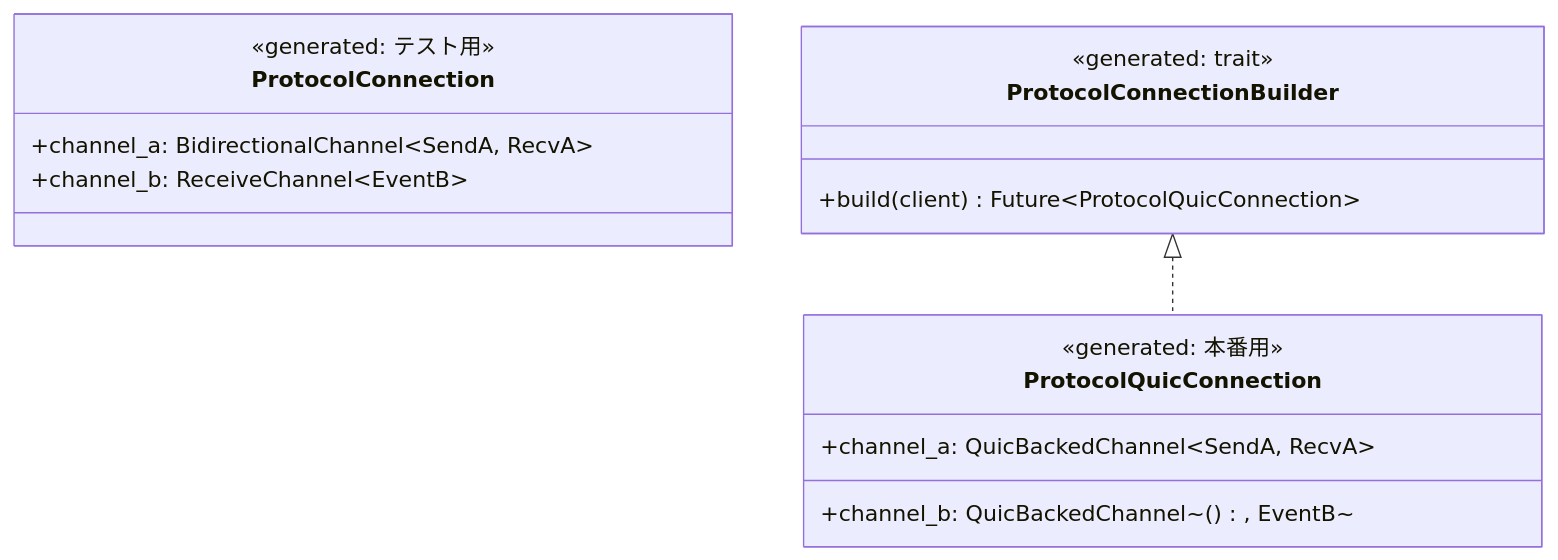
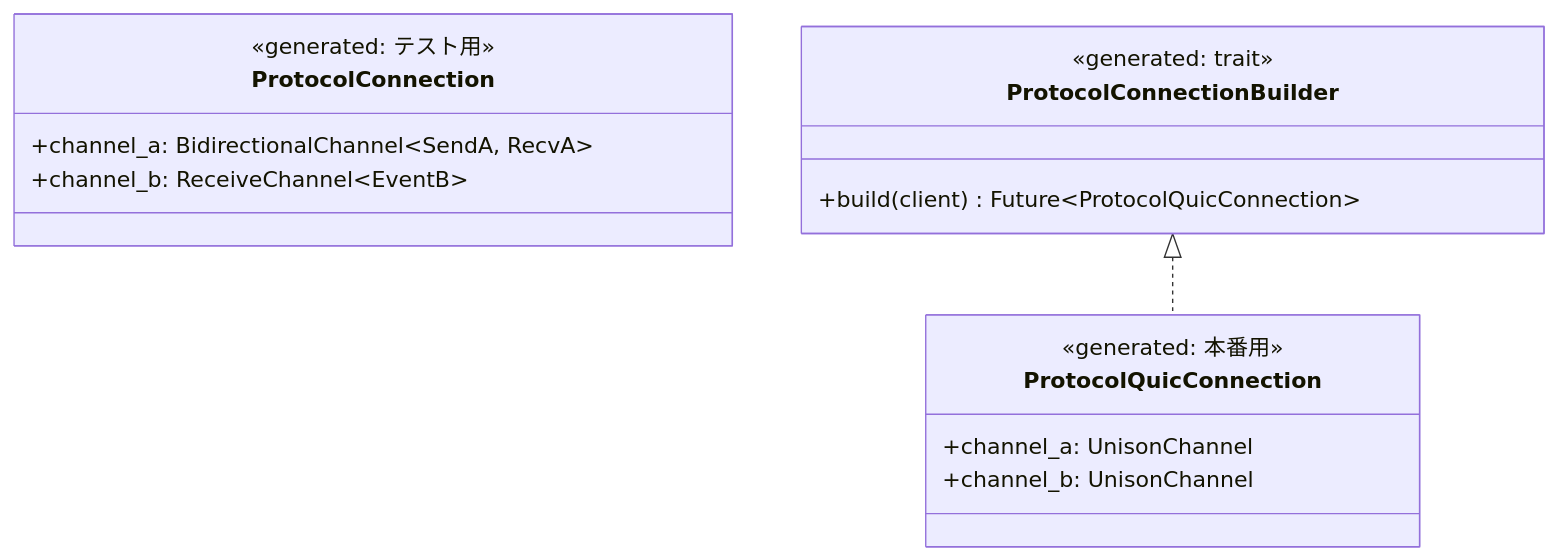
Before and after one commit to chronista-club/unison: the sixth of 6 diagrams in design/quic-runtime.md, drawn with Mermaid. The commit also changed other lines of this file and 33 other files, not shown here.

````diff
--- a/design/quic-runtime.md
+++ b/design/quic-runtime.md
@@ -404,21 +400,21 @@
 ```mermaid
 classDiagram
     class ProtocolConnection {
         <<generated: テスト用>>
         +channel_a: BidirectionalChannel~SendA, RecvA~
         +channel_b: ReceiveChannel~EventB~
     }
 
     class ProtocolQuicConnection {
         <<generated: 本番用>>
-        +channel_a: QuicBackedChannel~SendA, RecvA~
-        +channel_b: QuicBackedChannel~(), EventB~
+        +channel_a: UnisonChannel
+        +channel_b: UnisonChannel
     }
 
     class ProtocolConnectionBuilder {
         <<generated: trait>>
         +build(client) Future~ProtocolQuicConnection~
     }
 
     ProtocolConnectionBuilder <|.. ProtocolQuicConnection
 ```
````
